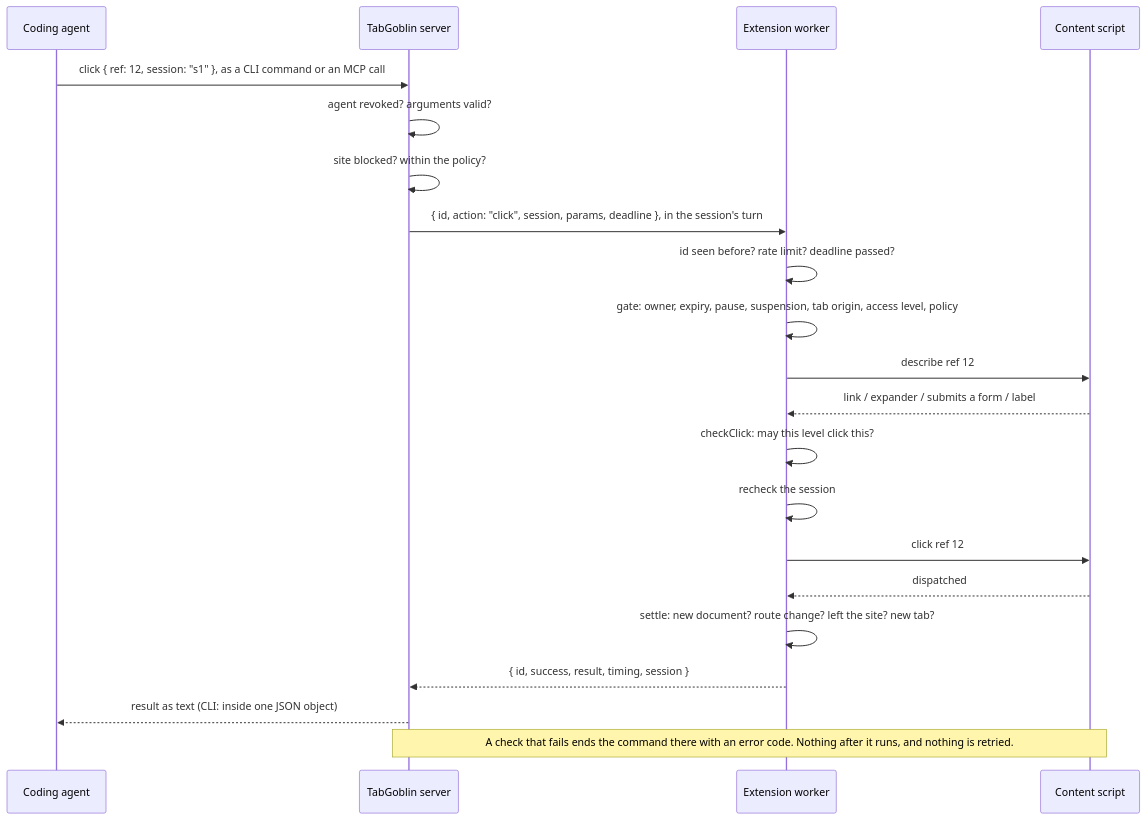
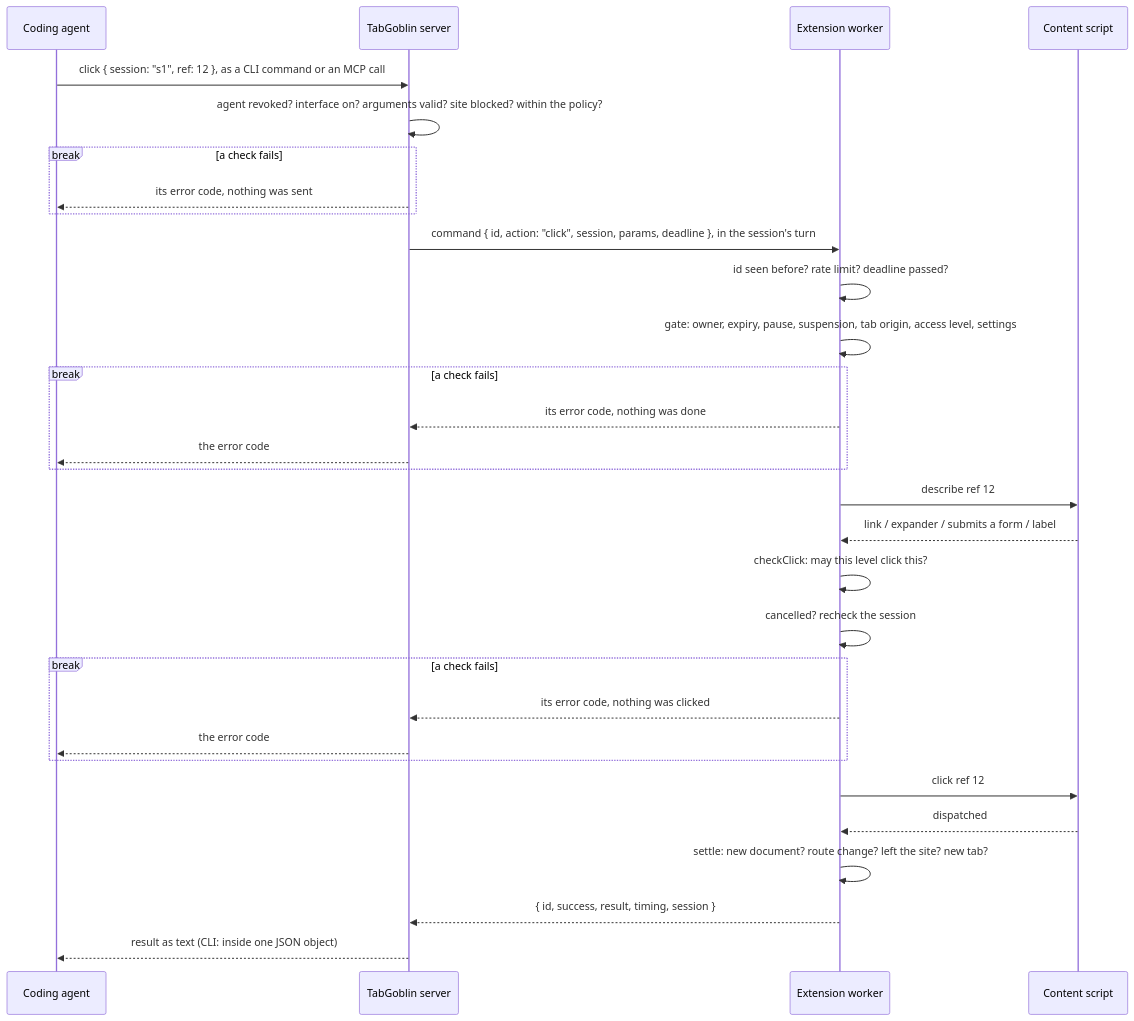
The fourth of 8 diagrams in docs/architecture.md (LaughingManCommits/TabGoblin), drawn with Mermaid before and after one commit. The commit also changed other lines of this file and 13 other files, not shown here.

First line of the commit message:
The diagrams aligned with the code

````diff
--- a/docs/architecture.md
+++ b/docs/architecture.md
@@ -263,23 +289,32 @@
 ```mermaid
 sequenceDiagram
   participant A as Coding agent
   participant S as TabGoblin server
   participant B as Extension worker
   participant P as Content script
-  A->>S: click { ref: 12, session: "s1" }, as a CLI command or an MCP call
-  S->>S: agent revoked? arguments valid?
-  S->>S: site blocked? within the policy?
-  S->>B: { id, action: "click", session, params, deadline }, in the session's turn
+  A->>S: click { session: "s1", ref: 12 }, as a CLI command or an MCP call
+  S->>S: agent revoked? interface on? arguments valid? site blocked? within the policy?
+  break a check fails
+    S-->>A: its error code, nothing was sent
+  end
+  S->>B: command { id, action: "click", session, params, deadline }, in the session's turn
   B->>B: id seen before? rate limit? deadline passed?
-  B->>B: gate: owner, expiry, pause, suspension, tab origin, access level, policy
+  B->>B: gate: owner, expiry, pause, suspension, tab origin, access level, settings
+  break a check fails
+    B-->>S: its error code, nothing was done
+    S-->>A: the error code
+  end
   B->>P: describe ref 12
   P-->>B: link / expander / submits a form / label
   B->>B: checkClick: may this level click this?
-  B->>B: recheck the session
+  B->>B: cancelled? recheck the session
+  break a check fails
+    B-->>S: its error code, nothing was clicked
+    S-->>A: the error code
+  end
   B->>P: click ref 12
   P-->>B: dispatched
   B->>B: settle: new document? route change? left the site? new tab?
   B-->>S: { id, success, result, timing, session }
   S-->>A: result as text (CLI: inside one JSON object)
-  Note over S,P: A check that fails ends the command there with an error code. Nothing after it runs, and nothing is retried.
 ```
````
